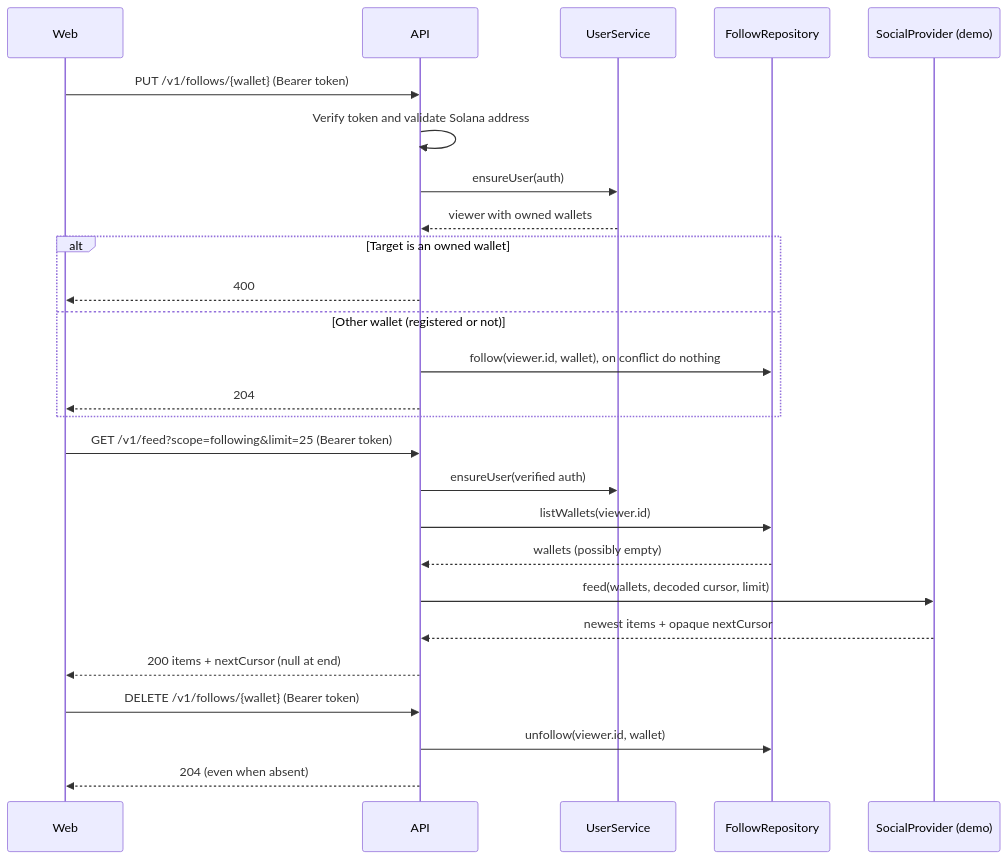
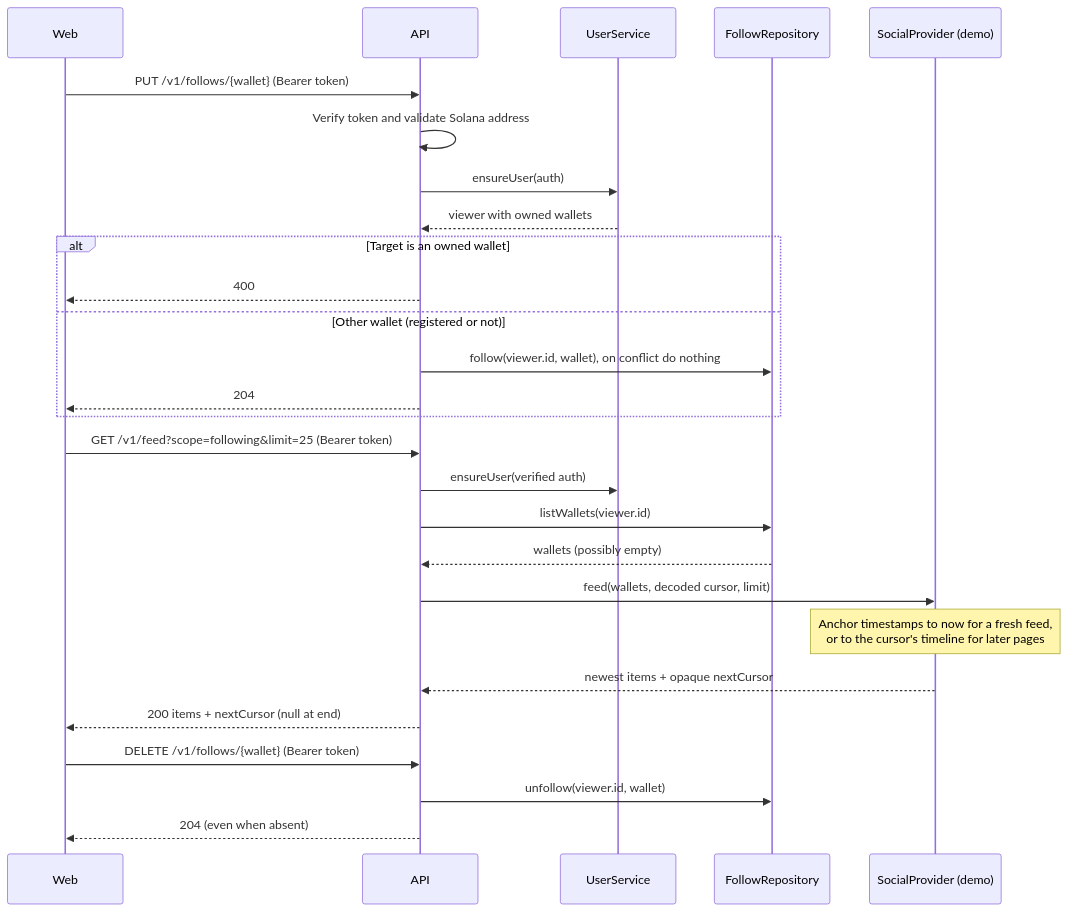
One commit to jog01/agele changed the eighth of 13 diagrams in docs/flows.md. Above: the diagram before and after it, drawn with Mermaid. The commit also changed 2 other files, not shown here.

Commit message:
fix(feed): make demo timestamps relative to now

````diff
--- a/docs/flows.md
+++ b/docs/flows.md
@@ -230,28 +230,29 @@
 ```mermaid
 sequenceDiagram
   participant W as Web
   participant A as API
   participant U as UserService
   participant R as FollowRepository
   participant S as SocialProvider (demo)
   W->>A: PUT /v1/follows/{wallet} (Bearer token)
   A->>A: Verify token and validate Solana address
   A->>U: ensureUser(auth)
   U-->>A: viewer with owned wallets
   alt Target is an owned wallet
     A-->>W: 400
   else Other wallet (registered or not)
     A->>R: follow(viewer.id, wallet), on conflict do nothing
     A-->>W: 204
   end
   W->>A: GET /v1/feed?scope=following&limit=25 (Bearer token)
   A->>U: ensureUser(verified auth)
   A->>R: listWallets(viewer.id)
   R-->>A: wallets (possibly empty)
   A->>S: feed(wallets, decoded cursor, limit)
+  Note over S: Anchor timestamps to now for a fresh feed,<br/>or to the cursor's timeline for later pages
   S-->>A: newest items + opaque nextCursor
   A-->>W: 200 items + nextCursor (null at end)
   W->>A: DELETE /v1/follows/{wallet} (Bearer token)
   A->>R: unfollow(viewer.id, wallet)
   A-->>W: 204 (even when absent)
 ```
````
